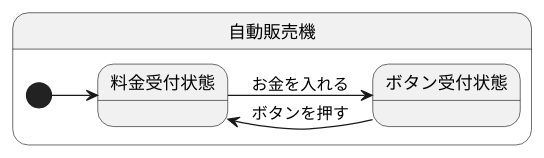
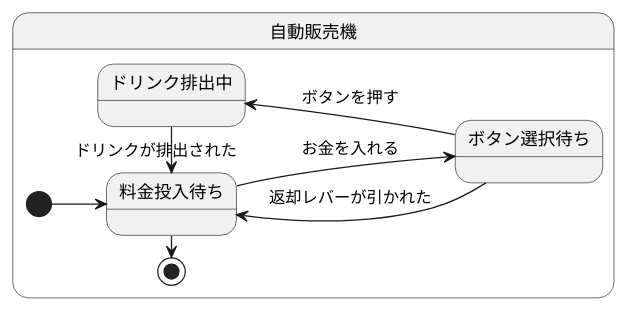
The diagram in 演習６/演習6-4-5_ステートマシン図_自動販売機.pu (Kuya0307/unl-introduction), drawn with PlantUML before and after one commit. The commit also changed 7 other files, not shown here.

```diff
--- a/演習６/演習6-4-5_ステートマシン図_自動販売機.pu
+++ b/演習６/演習6-4-5_ステートマシン図_自動販売機.pu
@@ -1,8 +1,11 @@
 @startuml ステートマシン図
 left to right direction
 state 自動販売機{
-    [*] --> 料金受付状態
-    料金受付状態 --> ボタン受付状態 : お金を入れる
-    ボタン受付状態 --> 料金受付状態 : ボタンを押す
+    [*] --> 料金投入待ち
+    料金投入待ち --> ボタン選択待ち : お金を入れる
+    ボタン選択待ち --> 料金投入待ち : 返却レバーが引かれた
+    ボタン選択待ち --> ドリンク排出中 : ボタンを押す
+    ドリンク排出中 -> 料金投入待ち : ドリンクが排出された
+    料金投入待ち -> [*]
 } 
 @enduml
```
